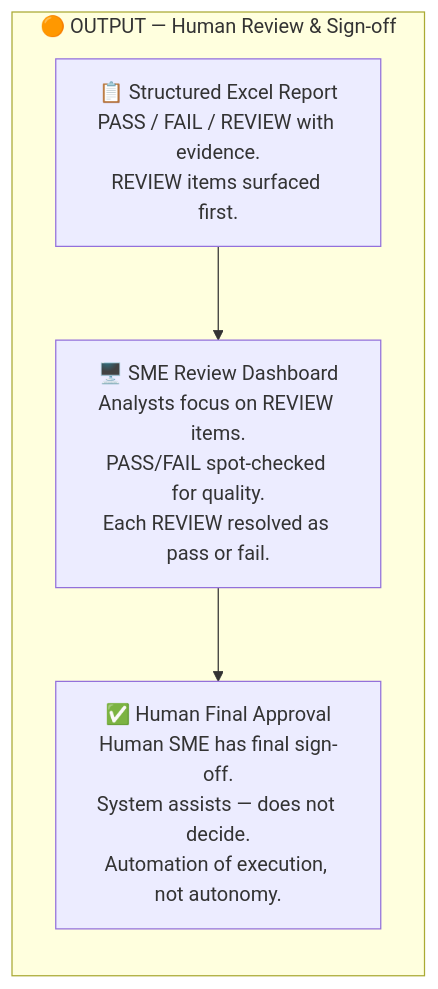
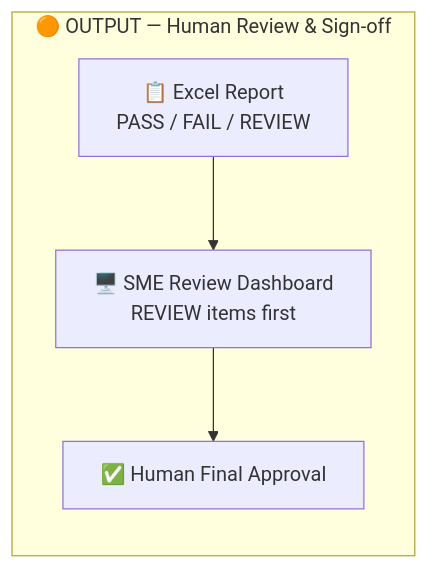
The sixth of 9 diagrams in architecture-flowchart.md (Praveen2795/Agentic-qc-automation), drawn with Mermaid before and after one commit. The commit also changed other lines of this file, not shown here.

First line of the commit message:
Simplify all Mermaid flowcharts for clean rendering

````diff
--- a/architecture-flowchart.md
+++ b/architecture-flowchart.md
@@ -165,9 +171,10 @@
 ```mermaid
 flowchart TB
     subgraph OUTPUT["🟠 OUTPUT — Human Review & Sign-off"]
         direction TB
-        O1["📋 Structured Excel Report\nPASS / FAIL / REVIEW with evidence.\nREVIEW items surfaced first."]
-        O1 --> O2["🖥️ SME Review Dashboard\nAnalysts focus on REVIEW items.\nPASS/FAIL spot-checked for quality.\nEach REVIEW resolved as pass or fail."]
-        O2 --> O3["✅ Human Final Approval\nHuman SME has final sign-off.\nSystem assists — does not decide.\nAutomation of execution, not autonomy."]
+        O1["📋 Excel Report\nPASS / FAIL / REVIEW"]
+        O2["🖥️ SME Review Dashboard\nREVIEW items first"]
+        O3["✅ Human Final Approval"]
+        O1 --> O2 --> O3
     end
 ```
````
